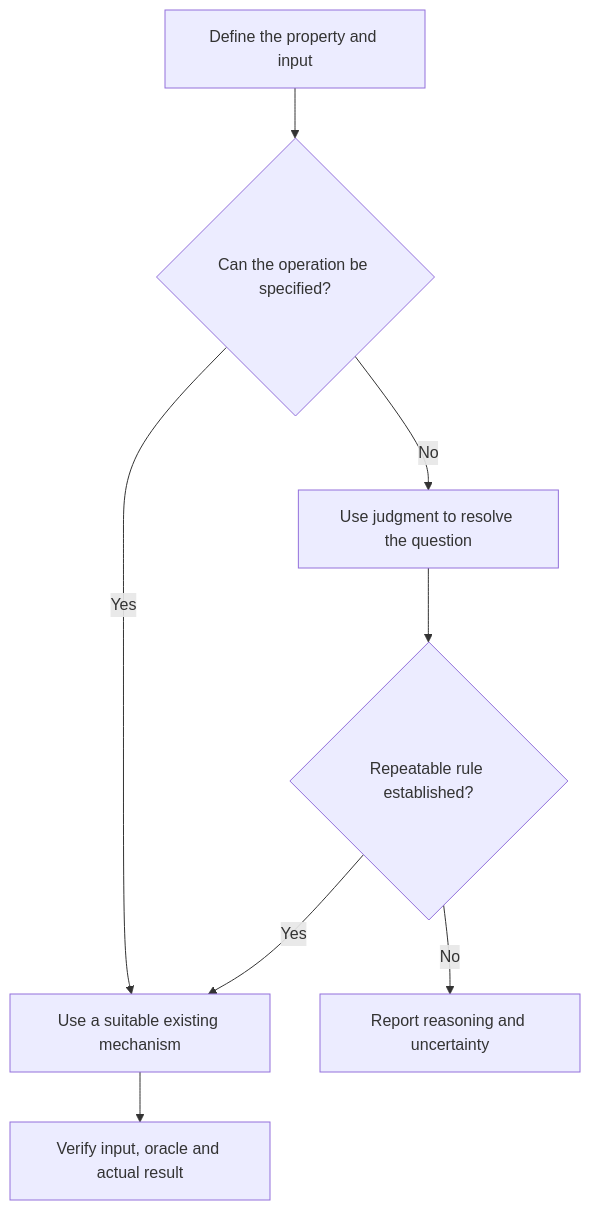
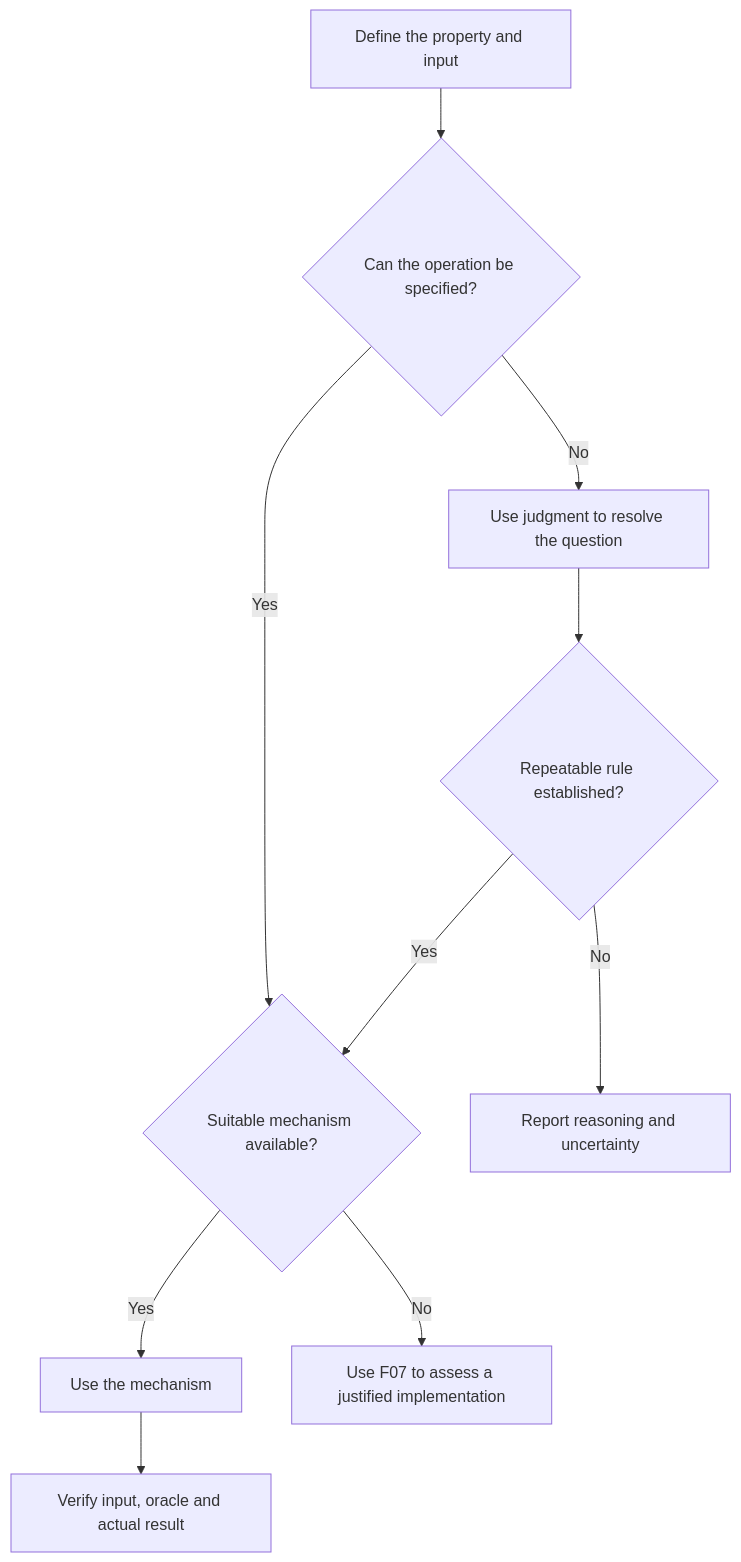
The diagram in 01-deterministic-first.md (661818yijack/ej-engineering-foundations), drawn with Mermaid before and after one commit. The commit also changed 5 other files, not shown here.

First line of the commit message:
Clarify authority, conditional checks and decision diagrams: review round 2

````diff
--- a/01-deterministic-first.md
+++ b/01-deterministic-first.md
@@ -34,10 +34,12 @@
 ```mermaid
 flowchart TD
     Q["Define the property and input"] --> R{"Can the operation be specified?"}
-    R -->|Yes| T["Use a suitable existing mechanism"]
+    R -->|Yes| A{"Suitable mechanism available?"}
+    A -->|Yes| T["Use the mechanism"]
+    A -->|No| G["Use F07 to assess a justified implementation"]
     R -->|No| J["Use judgment to resolve the question"]
     J --> D{"Repeatable rule established?"}
-    D -->|Yes| T
+    D -->|Yes| A
     D -->|No| E["Report reasoning and uncertainty"]
     T --> V["Verify input, oracle and actual result"]
 ```
````
